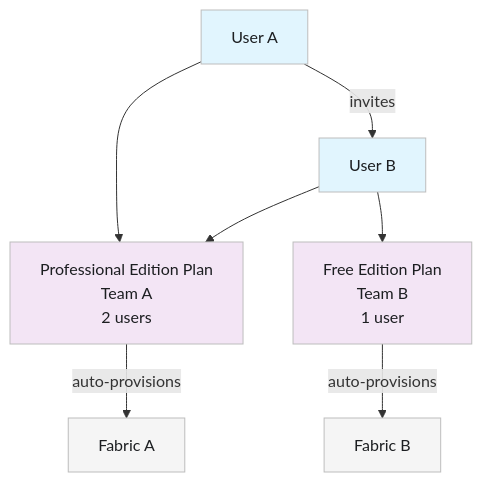
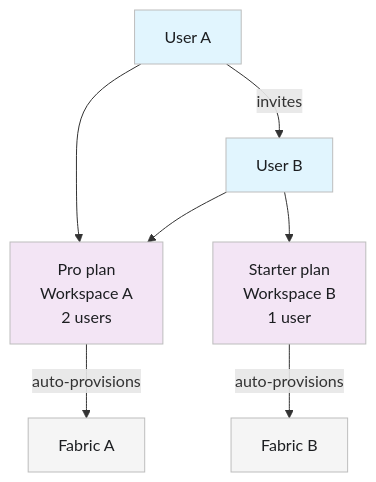
Before and after one commit to prophecy-io/prophecy-docs: the diagram in administration/management/usage-billing/usage-billing.mdx, drawn with Mermaid. The commit also changed other lines of this file, not shown here.

````diff
--- a/administration/management/usage-billing/usage-billing.mdx
+++ b/administration/management/usage-billing/usage-billing.mdx
@@ -41,22 +39,22 @@
 ```mermaid
 graph TD
-%% Users and their teams
+%% Users and their workspaces
 
-UserA[User A] --> TeamA[Professional Edition Plan<br />Team A<br />2 users]
+UserA[User A] --> TeamA[Pro plan<br />Workspace A<br />2 users]
 UserA -->|invites| UserB
 UserB[User B] --> TeamA
-UserB --> TeamB[Free Edition Plan<br />Team B<br />1 user]
+UserB --> TeamB[Starter plan<br />Workspace B<br />1 user]
 
-    %% Each team has a fabric
+    %% Each workspace has a fabric
     TeamA -->|auto-provisions| FabricA[Fabric A]
     TeamB -->|auto-provisions| FabricB[Fabric B]
 
     %% Styling
     classDef user fill:#e1f5fe,stroke:#bdbdbd,stroke-width:1px,color:#1c1e21
     classDef team fill:#f3e5f5,stroke:#bdbdbd,stroke-width:1px,color:#1c1e21
     classDef other fill:#f5f5f5,stroke:#bdbdbd,stroke-width:1px,color:#1c1e21
 
     class UserA,UserB user
     class TeamA,TeamB team
     class FabricA,FabricB other
 ```
````
